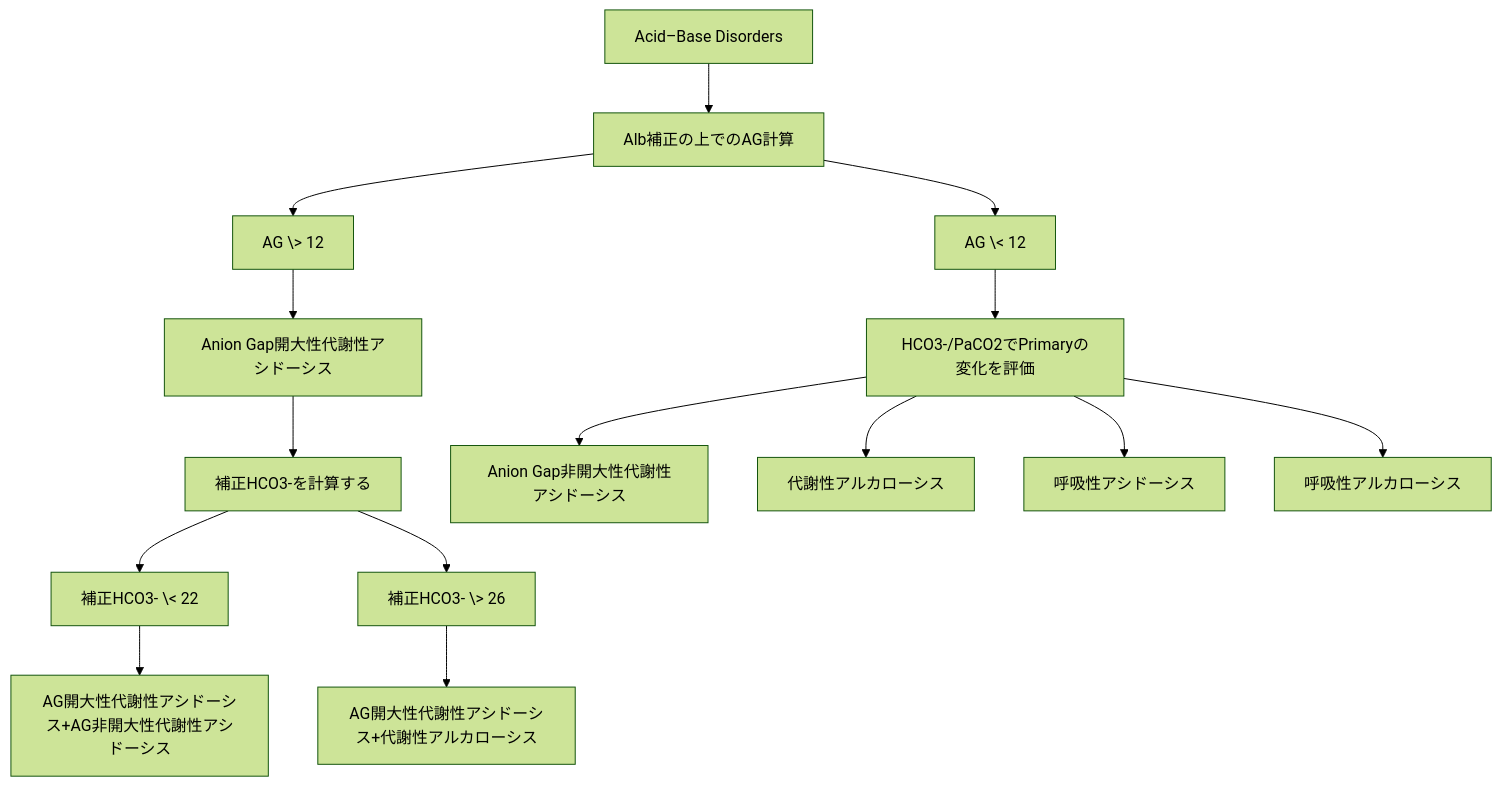
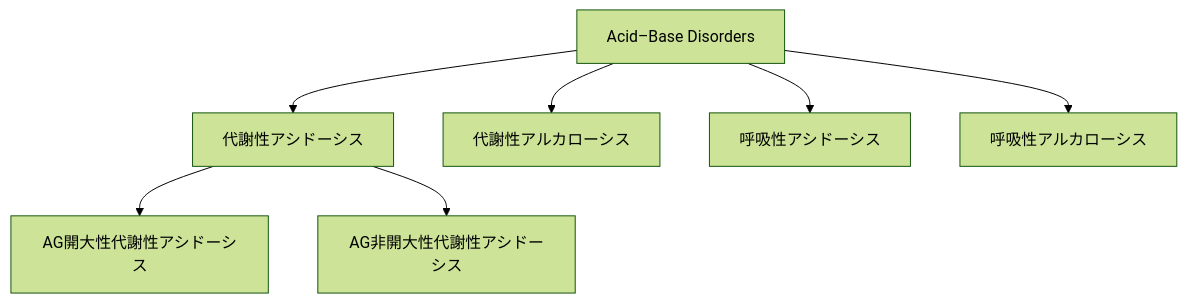
Before and after one commit to figarofuga/personal-slides: the first of 2 diagrams in medicine/blood_gas_analysis_mi/index.qmd, drawn with Mermaid (forest theme). The commit also changed other lines of this file and 4 other files, not shown here.

````diff
--- a/medicine/blood_gas_analysis_mi/index.qmd
+++ b/medicine/blood_gas_analysis_mi/index.qmd
@@ -116,34 +117,23 @@
 ```{mermaid}
 %%| fig-width: 10
 %%| fig-height: 6
 
 flowchart TD
     ABG["Acid–Base Disorders"]
 
-    ABG --> AlbCorrectAG["Alb補正の上でのAG計算"]
+    ABG --> MA["代謝性アシドーシス"]
+    ABG --> MK["代謝性アルカローシス"]
+    ABG --> RA["呼吸性アシドーシス"]
+    ABG --> RK["呼吸性アルカローシス "]
 
-    AlbCorrectAG --> AlbCorrectAGPosi["AG \> 12"]
-    AlbCorrectAG --> AlbCorrectAGNega["AG \< 12"]
-
-    AlbCorrectAGPosi --> AG["Anion Gap開大性代謝性アシドーシス"]
-    AG --> HCO3["補正HCO3-を計算する"]
-    HCO3 --> HCO3Acid["補正HCO3- \< 22"]
-    HCO3 --> HCO3Alka["補正HCO3- \> 26"]
-
-    HCO3Acid --> AGNAG["AG開大性代謝性アシドーシス+AG非開大性代謝性アシドーシス"]
-    HCO3Alka --> AGAlka["AG開大性代謝性アシドーシス+代謝性アルカローシス"]
+    MA --> AGMA["AG開大性代謝性アシドーシス"]
+    MA --> NAGMA["AG非開大性代謝性アシドーシス"]
 
 
-    AlbCorrectAGNega --> PrimaryEval["HCO3-/PaCO2でPrimaryの変化を評価"]
-    PrimaryEval --> NAG["Anion Gap非開大性代謝性アシドーシス"]
-    PrimaryEval --> MK["代謝性アルカローシス"]
-    PrimaryEval --> RA["呼吸性アシドーシス"]
-    PrimaryEval --> RK["呼吸性アルカローシス"]
-    
 
-    click AG "#/ag-acidosis"
-    click NAG "#/nag-acidosis"
+    click AGMA "#/ag-acidosis"
+    click NAGMA "#/nag-acidosis"
     click MK "#/metabolic-alkalosis"
     click RA "#/respiratory-acidosis"
     click RK "#/respiratory-alkalosis"
 ```
````
